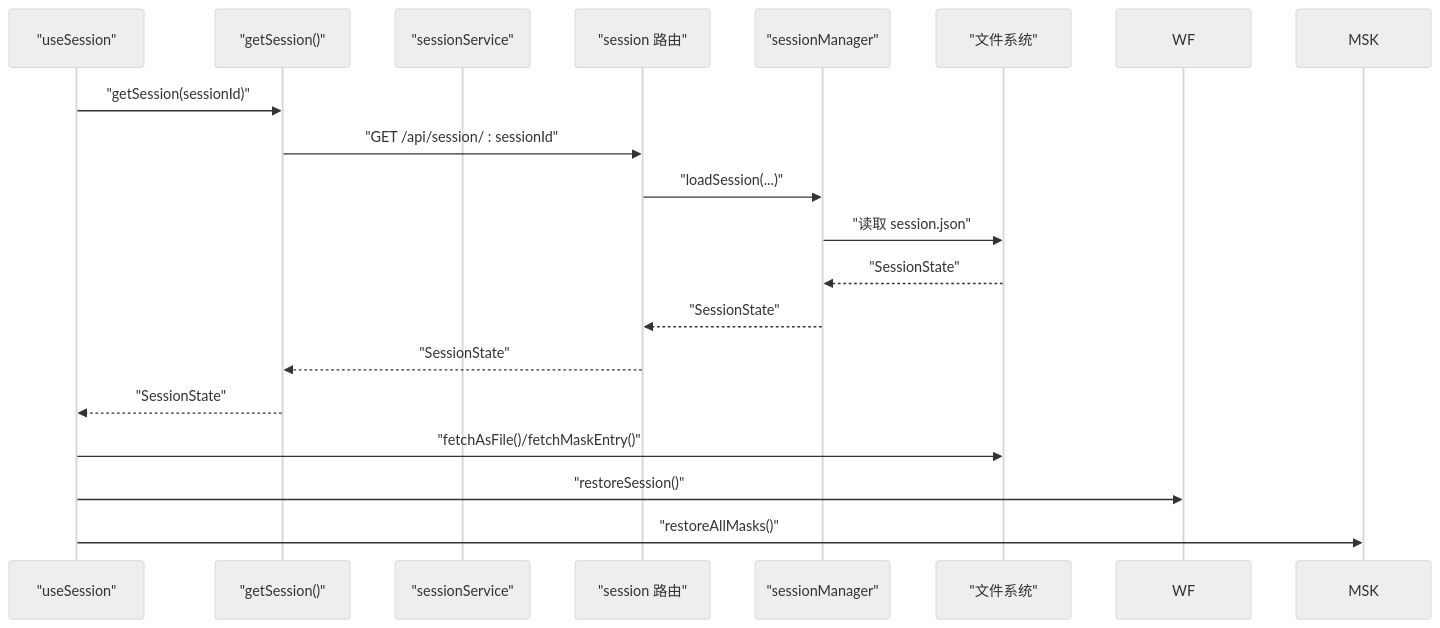
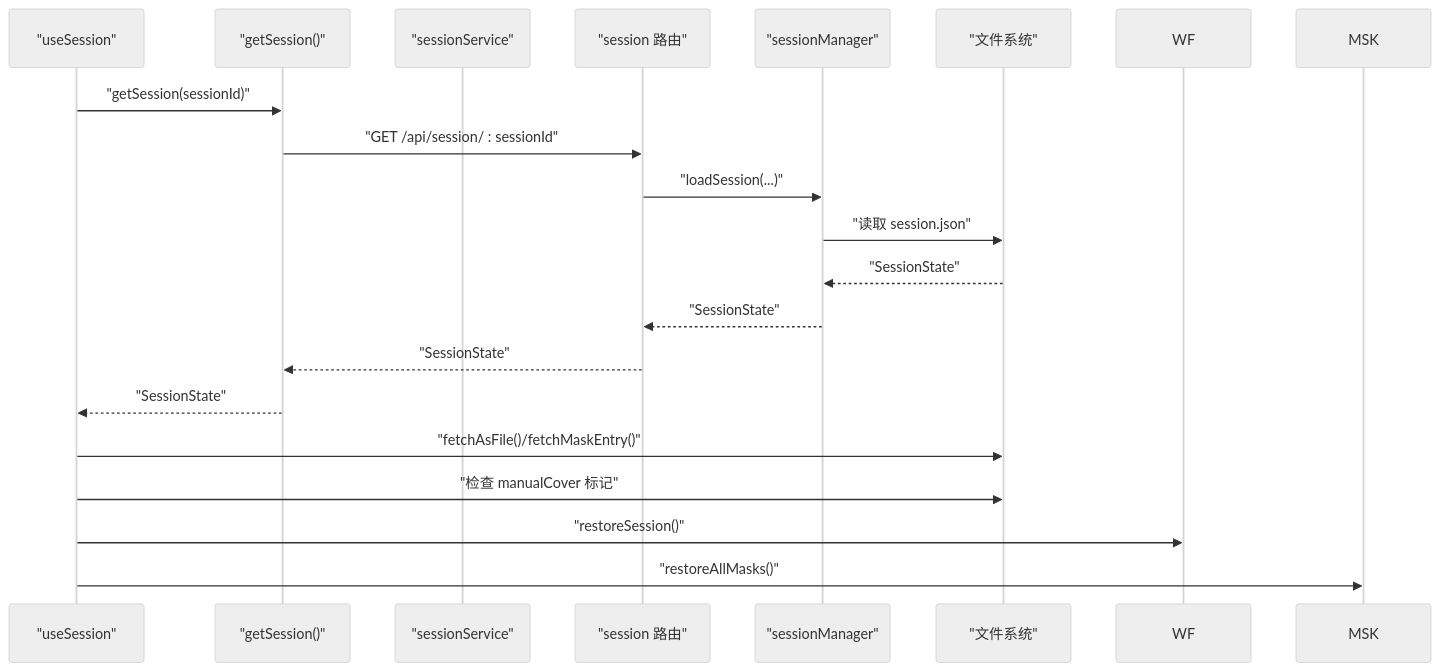
The eighth of 10 diagrams in .qoder/repowiki/zh/content/会话管理/会话管理.md (billye220670/CorineKit_Pix2Real), drawn with Mermaid (neutral theme) before and after one commit. The commit also changed other lines of this file and 14 other files, not shown here.

````diff
--- a/.qoder/repowiki/zh/content/会话管理/会话管理.md
+++ b/.qoder/repowiki/zh/content/会话管理/会话管理.md
@@ -325,20 +403,21 @@
 ```mermaid
 sequenceDiagram
 participant Hook as "useSession"
 participant API as "getSession()"
 participant Svc as "sessionService"
 participant R as "session 路由"
 participant M as "sessionManager"
 participant FS as "文件系统"
 Hook->>API : "getSession(sessionId)"
 API->>R : "GET /api/session/ : sessionId"
 R->>M : "loadSession(...)"
 M->>FS : "读取 session.json"
 FS-->>M : "SessionState"
 M-->>R : "SessionState"
 R-->>API : "SessionState"
 API-->>Hook : "SessionState"
 Hook->>FS : "fetchAsFile()/fetchMaskEntry()"
+Hook->>FS : "检查 manualCover 标记"
 Hook->>WF : "restoreSession()"
 Hook->>MSK : "restoreAllMasks()"
 ```
````
